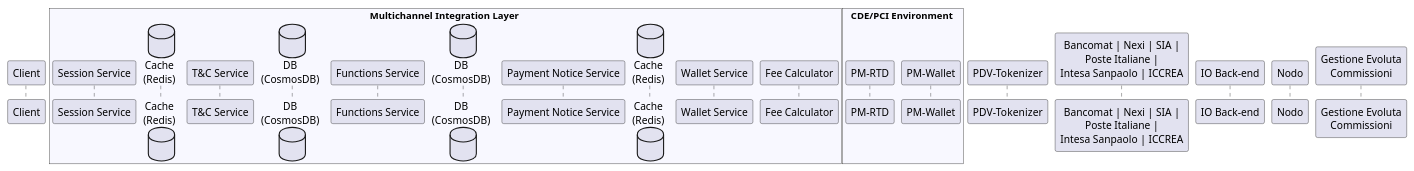
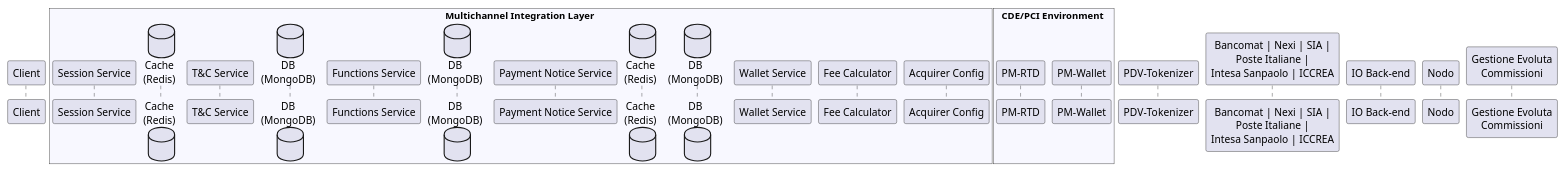
Before and after one commit to pagopa/mil-diags: the diagram in sequence_diags/common/actors.puml, drawn with PlantUML. The commit also changed 85 other files, not shown here.

```diff
--- a/sequence_diags/common/actors.puml
+++ b/sequence_diags/common/actors.puml
@@ -1,30 +1,33 @@
 participant "Client" as Client
 
 box Multichannel Integration Layer #GhostWhite
 	participant "Session Service" as SessionSrv
 	database "Cache\n(Redis)" as SessionCache
 	
 	participant "T&C Service" as TCSrv
-	database "DB\n(CosmosDB)" as TCDB
+	database "DB\n(MongoDB)" as TCDB
 	
 	participant "Functions Service" as FunctionSrv
-	database "DB\n(CosmosDB)" as FunctionDB
+	database "DB\n(MongoDB)" as FunctionDB
 	
 	participant "Payment Notice Service" as NoticeSrv
 	database "Cache\n(Redis)" as NoticeCache
+	database "DB\n(MongoDB)" as NoticeDB
 	
 	participant "Wallet Service" as WalletWrp
 
 	participant "Fee Calculator" as FeeSrv
+	
+	participant "Acquirer Config" as AcqConf
 end box
 
 box CDE/PCI Environment #GhostWhite
 	participant "PM-RTD" as PANTokenizer
 	participant "PM-Wallet" as Wallet
 end box
 
 participant "PDV-Tokenizer" as Tokenizer
 participant "Bancomat | Nexi | SIA |\nPoste Italiane |\nIntesa Sanpaolo | ICCREA" as ServiceCenter
 participant "IO Back-end" as IO
 participant "Nodo" as Nodo
 participant "Gestione Evoluta\nCommissioni" as GEC
```
